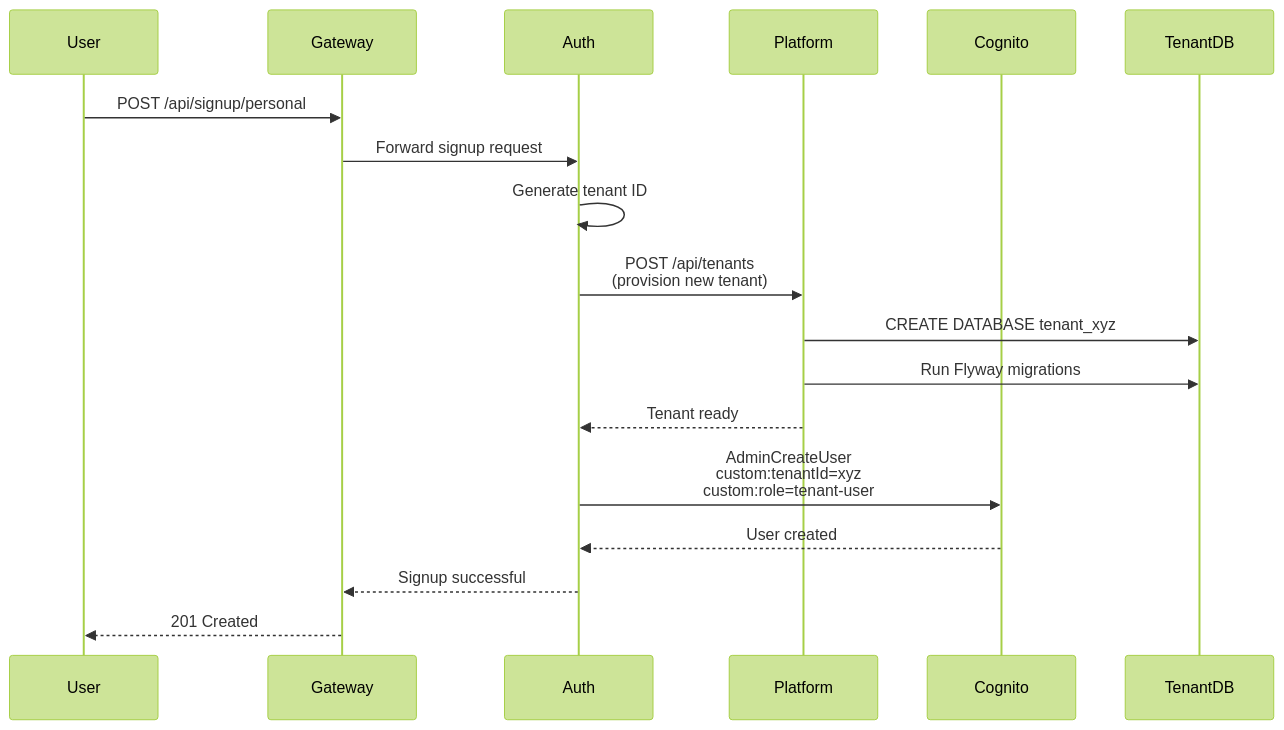
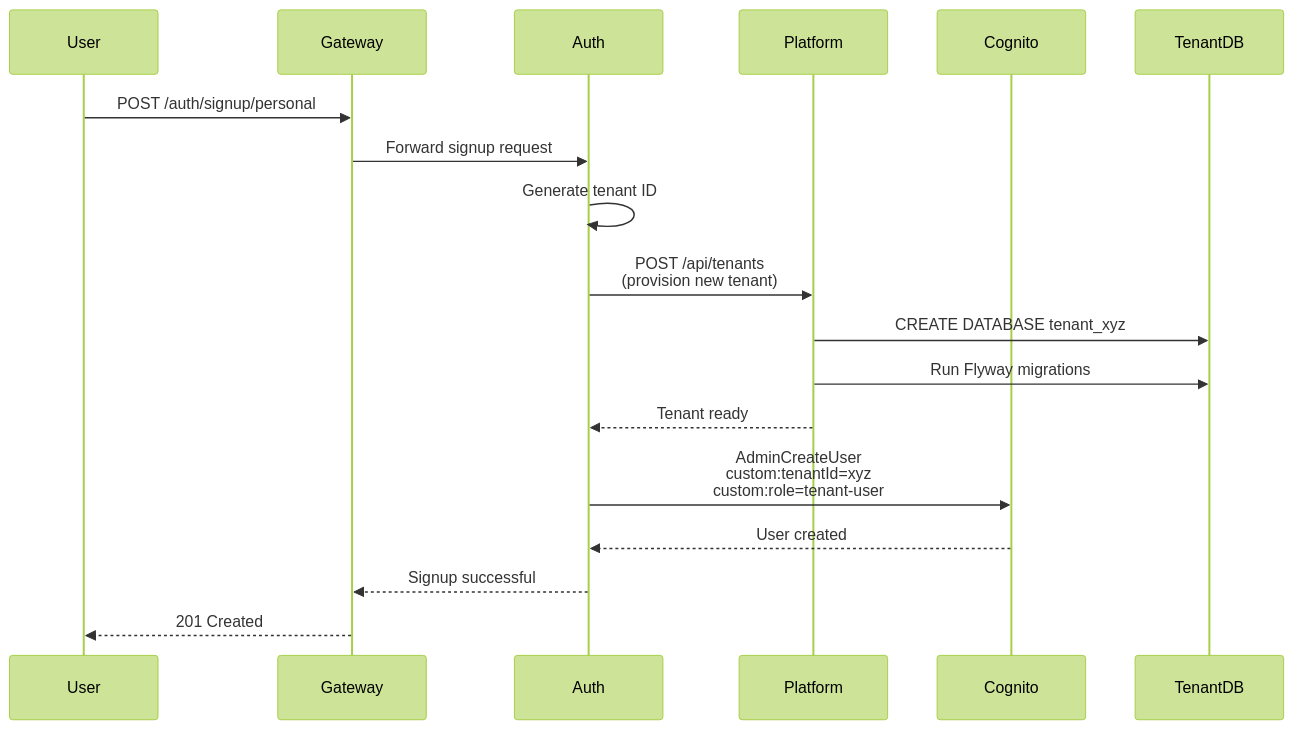
The second of 5 diagrams in HLD.md (pawanraocse/aws-infra), drawn with Mermaid (forest theme) before and after one commit. The commit also changed other lines of this file and 16 other files, not shown here.

First line of the commit message:
Added email verification endpoint and frontend flow; refactored signup APIs to /auth/signup/*; improved tenant DB naming and configuration

````diff
--- a/HLD.md
+++ b/HLD.md
@@ -232,21 +232,21 @@
 ```mermaid
 sequenceDiagram
     participant User
     participant Gateway
     participant Auth
     participant Platform
     participant Cognito
     participant TenantDB
 
-    User->>Gateway: POST /api/signup/personal
+    User->>Gateway: POST /auth/signup/personal
     Gateway->>Auth: Forward signup request
     Auth->>Auth: Generate tenant ID
     Auth->>Platform: POST /api/tenants<br/>(provision new tenant)
     Platform->>TenantDB: CREATE DATABASE tenant_xyz
     Platform->>TenantDB: Run Flyway migrations
     Platform-->>Auth: Tenant ready
     Auth->>Cognito: AdminCreateUser<br/>custom:tenantId=xyz<br/>custom:role=tenant-user
     Cognito-->>Auth: User created
     Auth-->>Gateway: Signup successful
     Gateway-->>User: 201 Created
 ```
````
